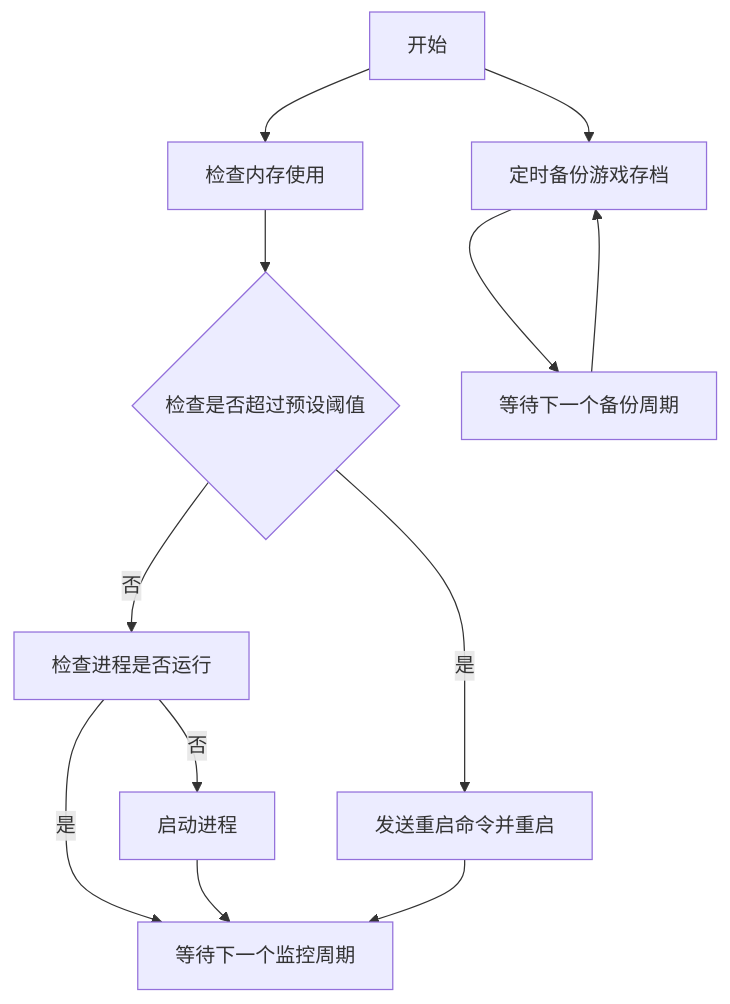
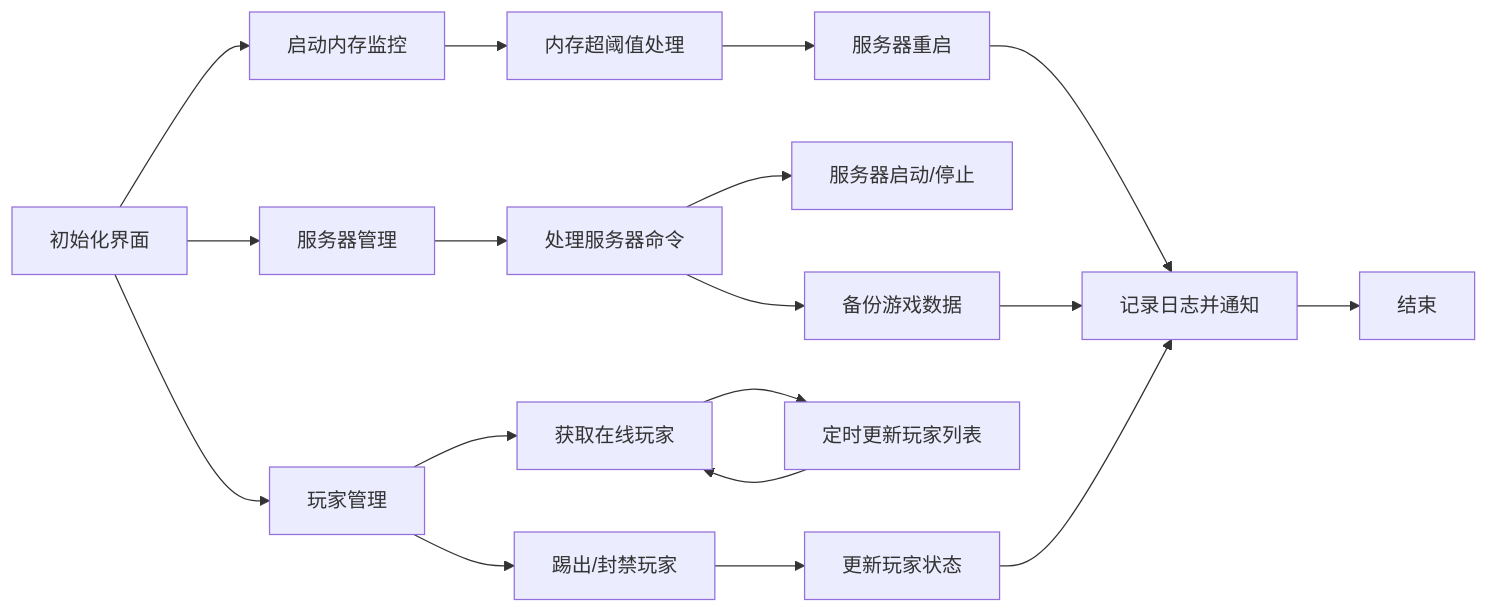
One commit to KirosHan/Palworld-server-protector-DotNet changed the diagram in README.md. Above: the diagram before and after it, drawn with Mermaid.

````diff
--- a/README.md
+++ b/README.md
@@ -79,14 +79,21 @@
 ```mermaid
-graph TD
-    A[开始] --> B[检查内存使用]
-    B --> C{检查是否超过预设阈值}
-    C -- 是 --> D[发送重启命令并重启]
-    C -- 否 --> E[检查进程是否运行]
-    E -- 是 --> F[等待下一个监控周期]
-    E -- 否 --> G[启动进程]
-    G --> F
-    D --> F
-    A --> H[定时备份游戏存档]
-    H --> I[等待下一个备份周期]
-    I --> H
+graph LR
+    A[初始化界面] --> B[启动内存监控]
+    A --> C[服务器管理]
+    A --> D[玩家管理]
+    B --> E[内存超阈值处理]
+    C --> F[处理服务器命令]
+    D --> G[获取在线玩家]
+    D --> H[踢出/封禁玩家]
+    E --> I[服务器重启]
+    F --> J[服务器启动/停止]
+    F --> K[备份游戏数据]
+    G --> L[定时更新玩家列表]
+    H --> M[更新玩家状态]
+    I --> N[记录日志并通知]
+    K --> N
+    M --> N
+    L --> G
+    N --> O[结束]
+
 ```
````
